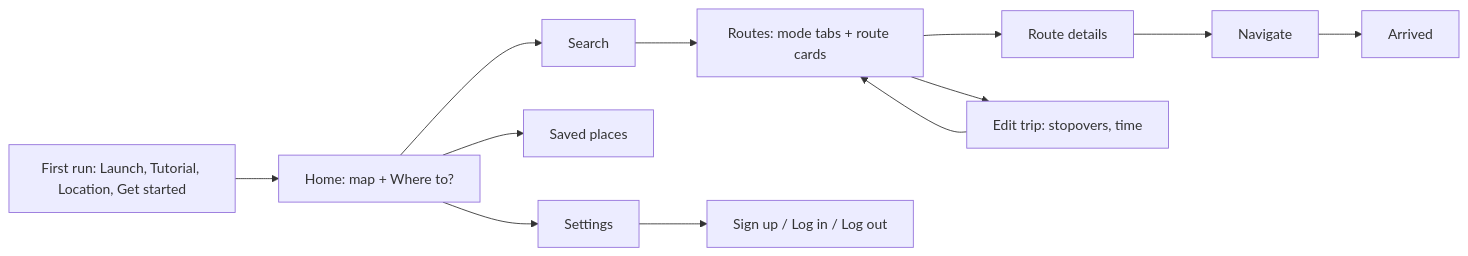
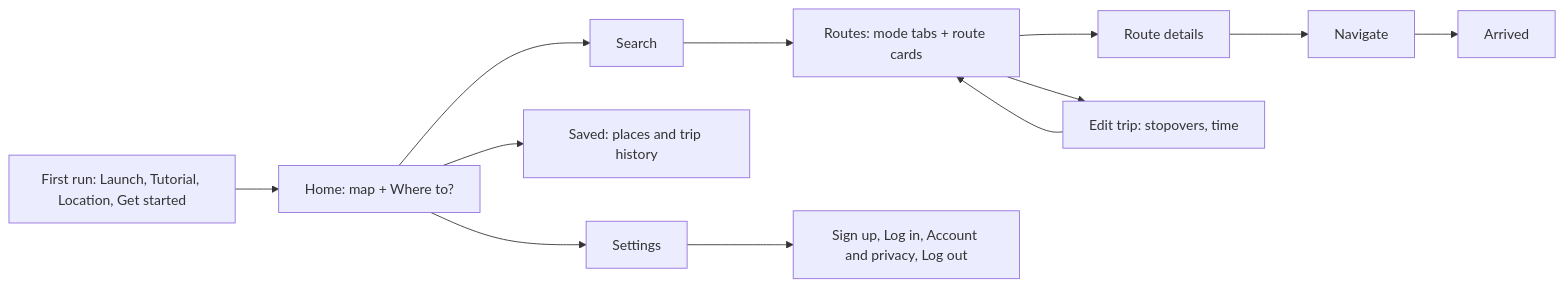
Before and after one commit to shsu00/Multimodal-Map: the diagram in docs/user-flows.md, drawn with Mermaid. The commit also changed other lines of this file and 111 other files, not shown here.

````diff
--- a/docs/user-flows.md
+++ b/docs/user-flows.md
@@ -48,14 +48,14 @@
 ```mermaid
 flowchart LR
   first["First run: Launch, Tutorial, Location, Get started"] --> home["Home: map + Where to?"]
   home --> search["Search"]
   search --> routes["Routes: mode tabs + route cards"]
   routes --> details["Route details"]
   details --> nav["Navigate"]
   nav --> arrived["Arrived"]
   routes --> edit["Edit trip: stopovers, time"]
   edit --> routes
-  home --> saved["Saved places"]
+  home --> saved["Saved: places and trip history"]
   home --> settings["Settings"]
-  settings --> account["Sign up / Log in / Log out"]
+  settings --> account["Sign up, Log in, Account and privacy, Log out"]
 ```
````
